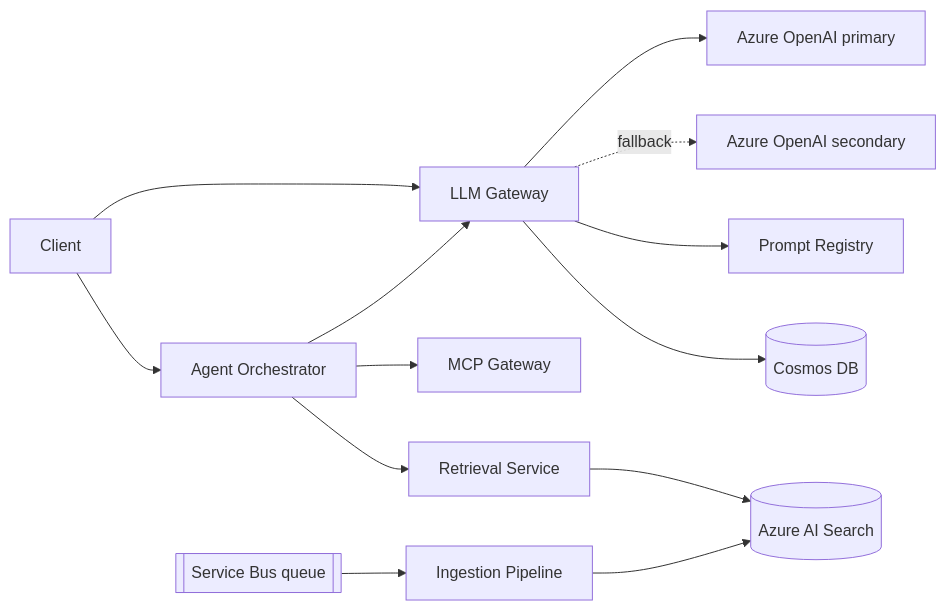
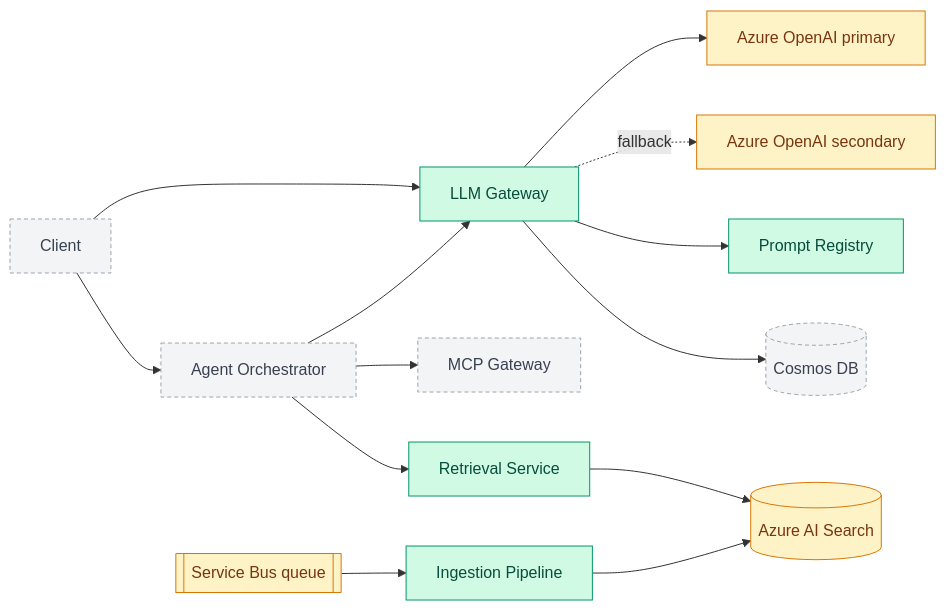
Before and after one commit to SwaroopManjunath/enterprise-genai-platform: the diagram in README.md, drawn with Mermaid. The commit also changed other lines of this file, not shown here.

````diff
--- a/README.md
+++ b/README.md
@@ -12,15 +40,22 @@
 ```mermaid
 flowchart LR
     Client --> GW[LLM Gateway]
     Client --> AG[Agent Orchestrator]
     AG --> GW
     AG --> MCP[MCP Gateway]
     AG --> RET[Retrieval Service]
     RET --> AIS[(Azure AI Search)]
     ING[Ingestion Pipeline] --> AIS
     SB[[Service Bus queue]] --> ING
     GW --> AOAI1[Azure OpenAI primary]
     GW -. fallback .-> AOAI2[Azure OpenAI secondary]
     GW --> PR[Prompt Registry]
     GW --> COS[(Cosmos DB)]
+
+    classDef done fill:#d1fae5,stroke:#059669,color:#064e3b;
+    classDef stub fill:#fef3c7,stroke:#d97706,color:#78350f;
+    classDef planned fill:#f3f4f6,stroke:#9ca3af,stroke-dasharray:4 3,color:#374151;
+    class GW,PR,ING,RET done;
+    class AIS,SB,AOAI1,AOAI2 stub;
+    class Client,AG,MCP,COS planned;
 ```
````
